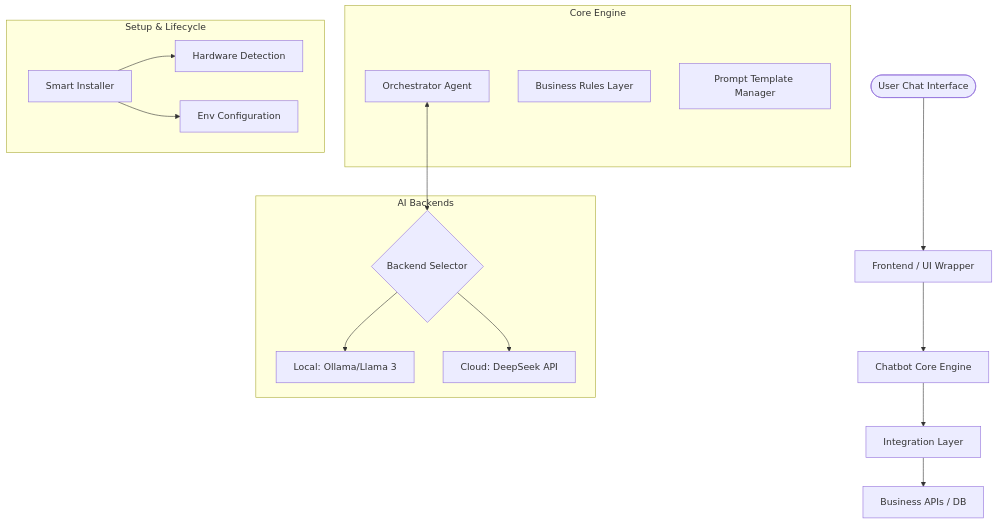
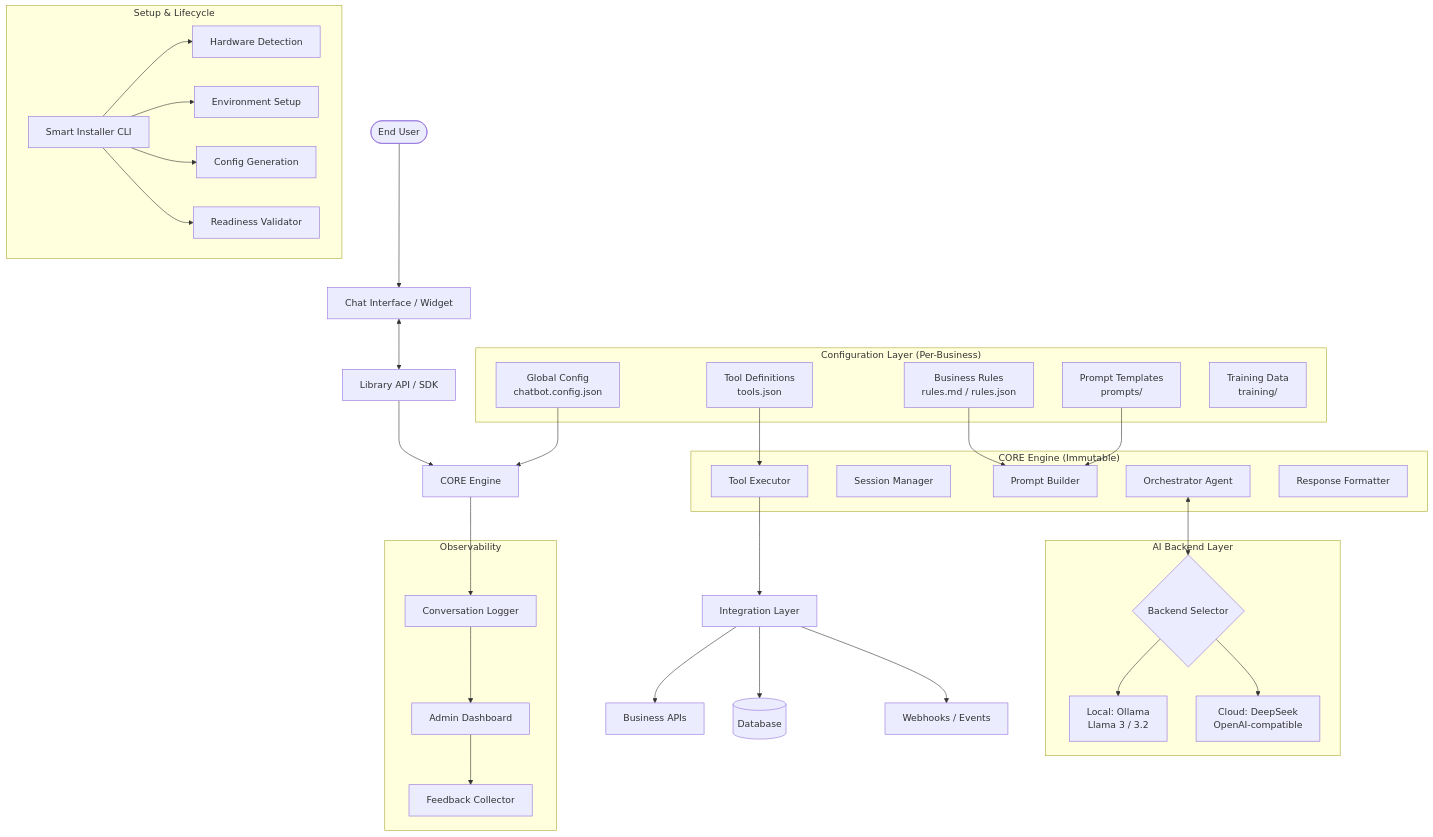
The first of 5 diagrams in docs/ARCHITECTURE.md (MarvinQuevedo/chatbot_ia_lib), drawn with Mermaid before and after one commit. The commit also changed other lines of this file and 6 other files, not shown here.

````diff
--- a/docs/ARCHITECTURE.md
+++ b/docs/ARCHITECTURE.md
@@ -7,28 +14,58 @@
 ```mermaid
 graph TD
-    User([User Chat Interface]) --> UI[Frontend / UI Wrapper]
-    UI --> Core[Chatbot Core Engine]
+    User([End User]) --> UI[Chat Interface / Widget]
+    UI <--> API[Library API / SDK]
     
-    subgraph "Core Engine"
-        Agent[Orchestrator Agent]
-        Rules[Business Rules Layer]
-        Prompt[Prompt Template Manager]
+    API --> Core[CORE Engine]
+    
+    subgraph "CORE Engine (Immutable)"
+        Orchestrator[Orchestrator Agent]
+        SessionMgr[Session Manager]
+        PromptBuilder[Prompt Builder]
+        ToolExecutor[Tool Executor]
+        ResponseFormatter[Response Formatter]
     end
     
-    Core --> Integration[Integration Layer]
-    Integration --> API[Business APIs / DB]
-    
-    subgraph "AI Backends"
-        BackendSelect{Backend Selector}
-        BackendSelect --> Ollama[Local: Ollama/Llama 3]
-        BackendSelect --> Cloud[Cloud: DeepSeek API]
+    subgraph "Configuration Layer (Per-Business)"
+        Rules[Business Rules<br/>rules.md / rules.json]
+        Tools[Tool Definitions<br/>tools.json]
+        Prompts[Prompt Templates<br/>prompts/]
+        Config[Global Config<br/>chatbot.config.json]
+        Training[Training Data<br/>training/]
     end
     
-    Agent <--> BackendSelect
+    Config --> Core
+    Rules --> PromptBuilder
+    Prompts --> PromptBuilder
+    Tools --> ToolExecutor
+    
+    subgraph "AI Backend Layer"
+        Selector{Backend Selector}
+        Selector --> Ollama[Local: Ollama<br/>Llama 3 / 3.2]
+        Selector --> Cloud[Cloud: DeepSeek<br/>OpenAI-compatible]
+    end
+    
+    Orchestrator <--> Selector
+    ToolExecutor --> Integration[Integration Layer]
+    Integration --> BizAPI[Business APIs]
+    Integration --> DB[(Database)]
+    Integration --> Webhooks[Webhooks / Events]
     
     subgraph "Setup & Lifecycle"
-        Installer[Smart Installer]
-        Installer --> Hardware[Hardware Detection]
-        Installer --> Env[Env Configuration]
+        Installer[Smart Installer CLI]
+        Installer --> HWDetect[Hardware Detection]
+        Installer --> EnvSetup[Environment Setup]
+        Installer --> ConfigGen[Config Generation]
+        Installer --> Validator[Readiness Validator]
     end
+    
+    subgraph "Observability"
+        Logger[Conversation Logger]
+        Dashboard[Admin Dashboard]
+        Feedback[Feedback Collector]
+    end
+    
+    Core --> Logger
+    Logger --> Dashboard
+    Dashboard --> Feedback
 ```
````
